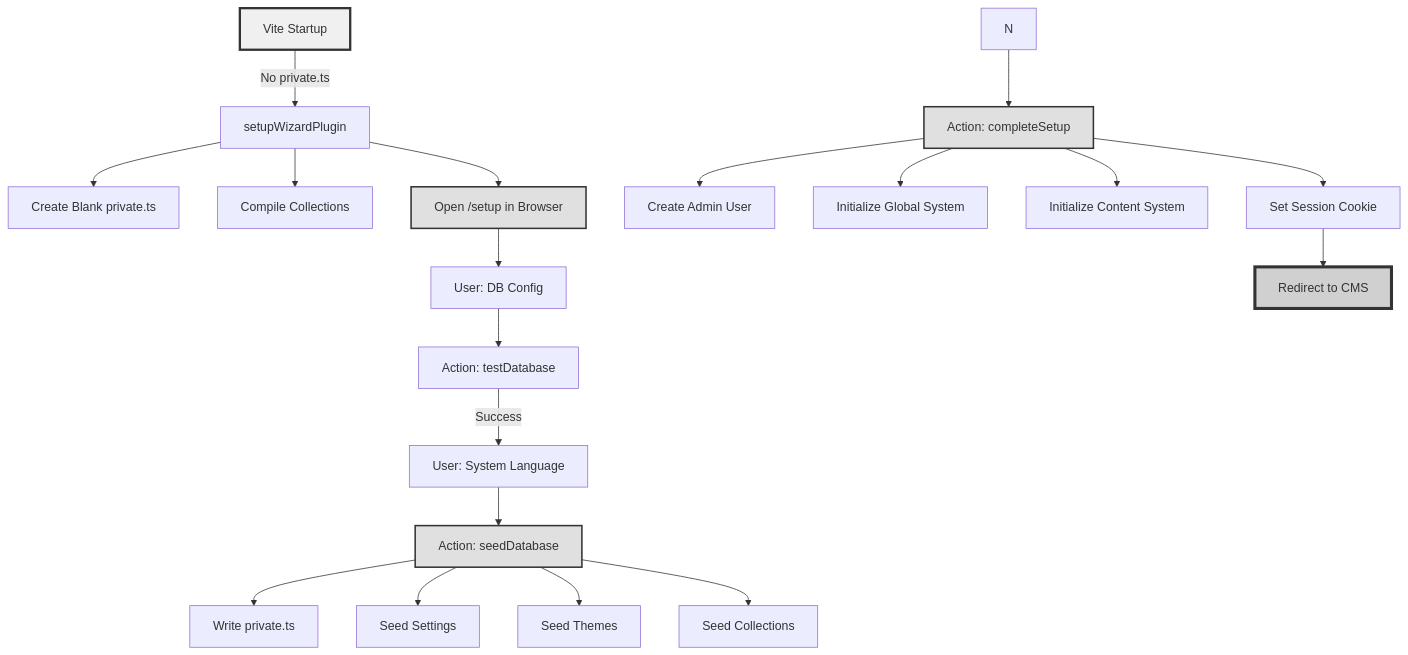
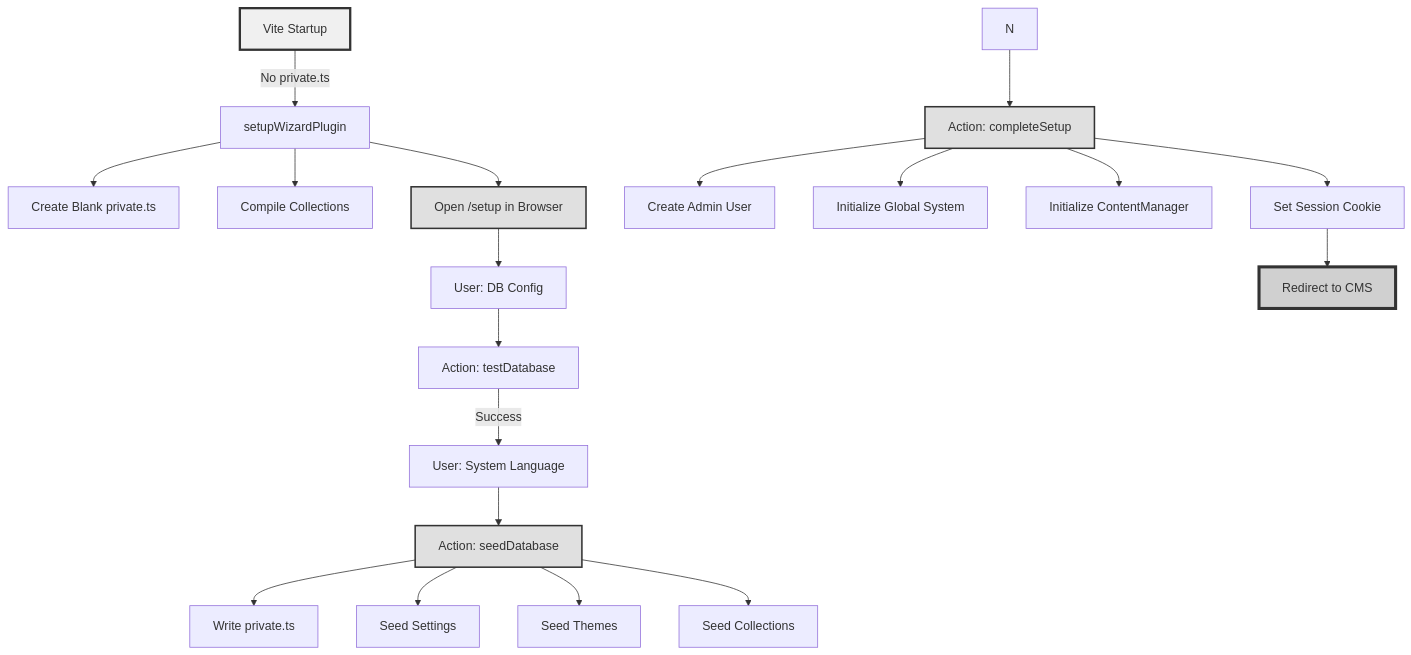
One commit to SveltyCMS/SveltyCMS changed the second of 9 diagrams in docs/architecture/initialization-workflow.mdx. Above: the diagram before and after it, drawn with Mermaid. The commit also changed other lines of this file and 1049 other files, not shown here.

````diff
--- a/docs/architecture/initialization-workflow.mdx
+++ b/docs/architecture/initialization-workflow.mdx
@@ -572,31 +572,31 @@
 ```mermaid
 graph TB
     A[Vite Startup] -->|No private.ts| B[setupWizardPlugin]
     B --> C[Create Blank private.ts]
     B --> D[Compile Collections]
     B --> E[Open /setup in Browser]
 
     E --> F[User: DB Config]
     F --> G[Action: testDatabase]
     G -->|Success| H[User: System Language]
 
     H --> I[Action: seedDatabase]
     I --> J[Write private.ts]
     I --> K[Seed Settings]
     I --> L[Seed Themes]
     I --> M[Seed Collections]
 
     N --> O[Action: completeSetup]
     O --> P[Create Admin User]
     O --> Q[Initialize Global System]
-    O --> R[Initialize Content System]
+    O --> R[Initialize ContentManager]
     O --> S[Set Session Cookie]
 
     S --> T[Redirect to CMS]
 
     style A fill:#f0f0f0,stroke:#333,stroke-width:3px
     style E fill:#e0e0e0,stroke:#333,stroke-width:2px
     style I fill:#e0e0e0,stroke:#333,stroke-width:2px
     style O fill:#e0e0e0,stroke:#333,stroke-width:2px
     style T fill:#d0d0d0,stroke:#333,stroke-width:4px
 ```
````
